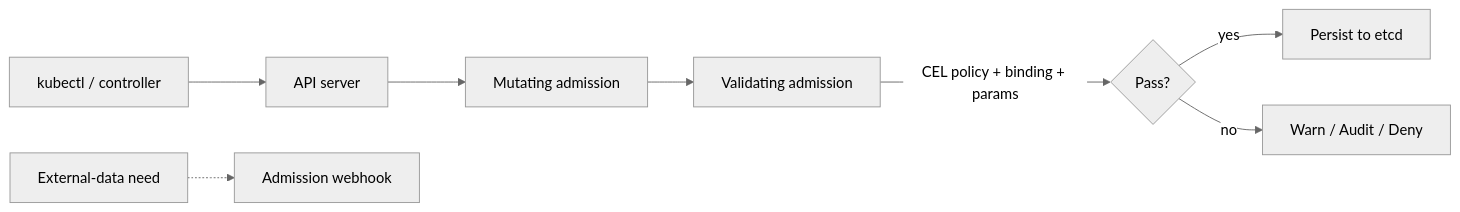
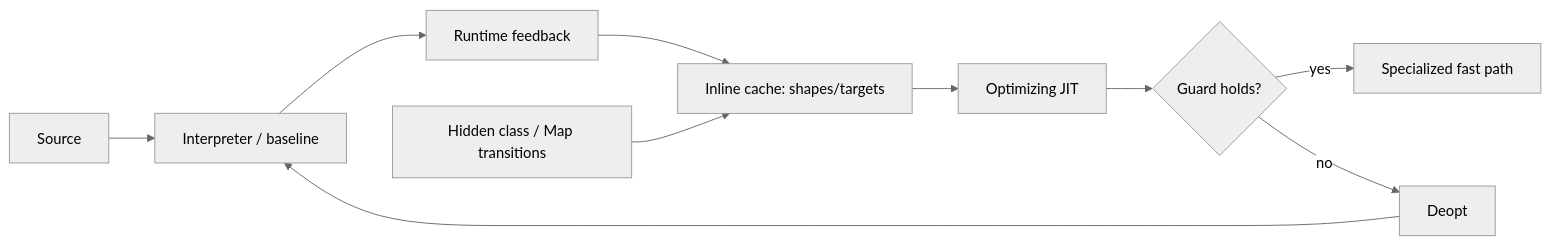
Before and after one commit to cebrailbagatarhan/software-engineering-interview-roadmap: the second of 2 diagrams in daily/2026-09-23/08-00.md, drawn with Mermaid (neutral theme). The commit also changed other lines of this file, not shown here.

Commit message:
Replace duplicate 08:00 topics with scheduler and JIT fundamentals

````diff
--- a/daily/2026-09-23/08-00.md
+++ b/daily/2026-09-23/08-00.md
@@ -87,10 +84,12 @@
 ```mermaid
 flowchart LR
-  U[kubectl / controller] --> API[API server]
-  API --> M[Mutating admission]
-  M --> V[Validating admission]
-  V -->|CEL policy + binding + params| D{Pass?}
-  D -->|yes| E[Persist to etcd]
-  D -->|no| R[Warn / Audit / Deny]
-  X[External-data need] -.-> W[Admission webhook]
+  S[Source] --> I[Interpreter / baseline]
+  I --> F[Runtime feedback]
+  F --> IC[Inline cache: shapes/targets]
+  IC --> J[Optimizing JIT]
+  J --> G{Guard holds?}
+  G -->|yes| FAST[Specialized fast path]
+  G -->|no| D[Deopt]
+  D --> I
+  H[Hidden class / Map transitions] --> IC
 ```
````
